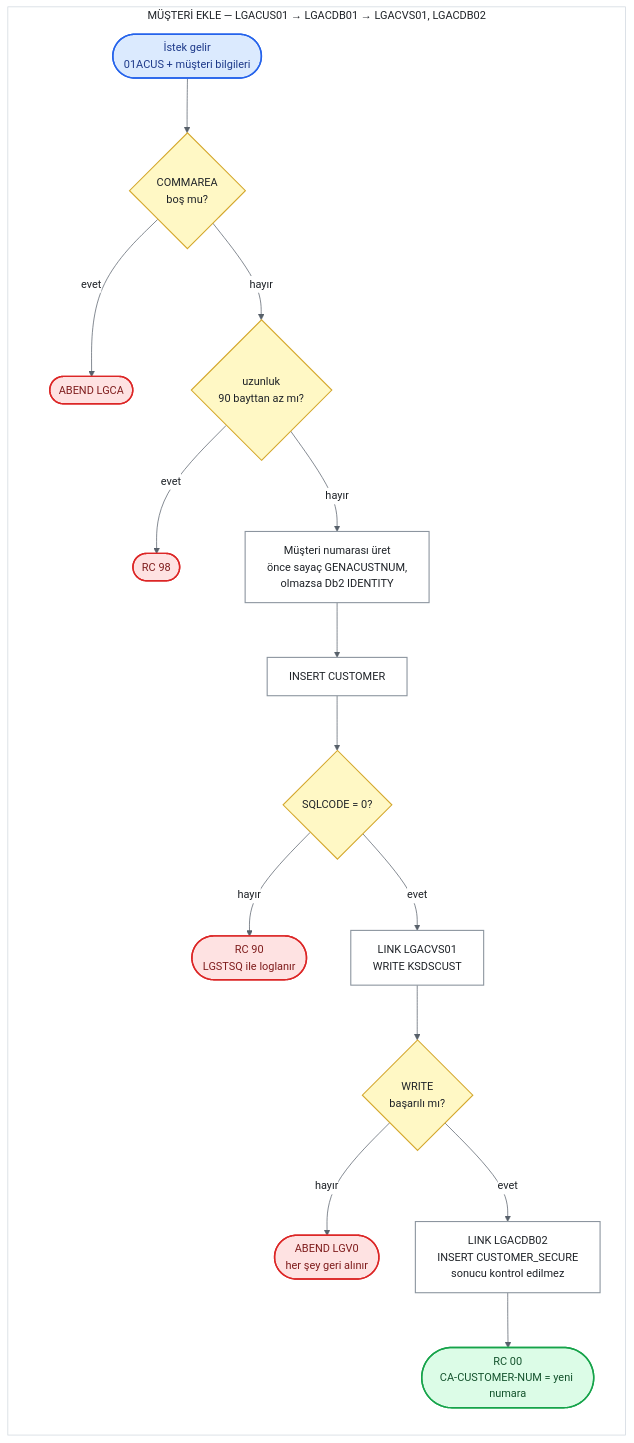
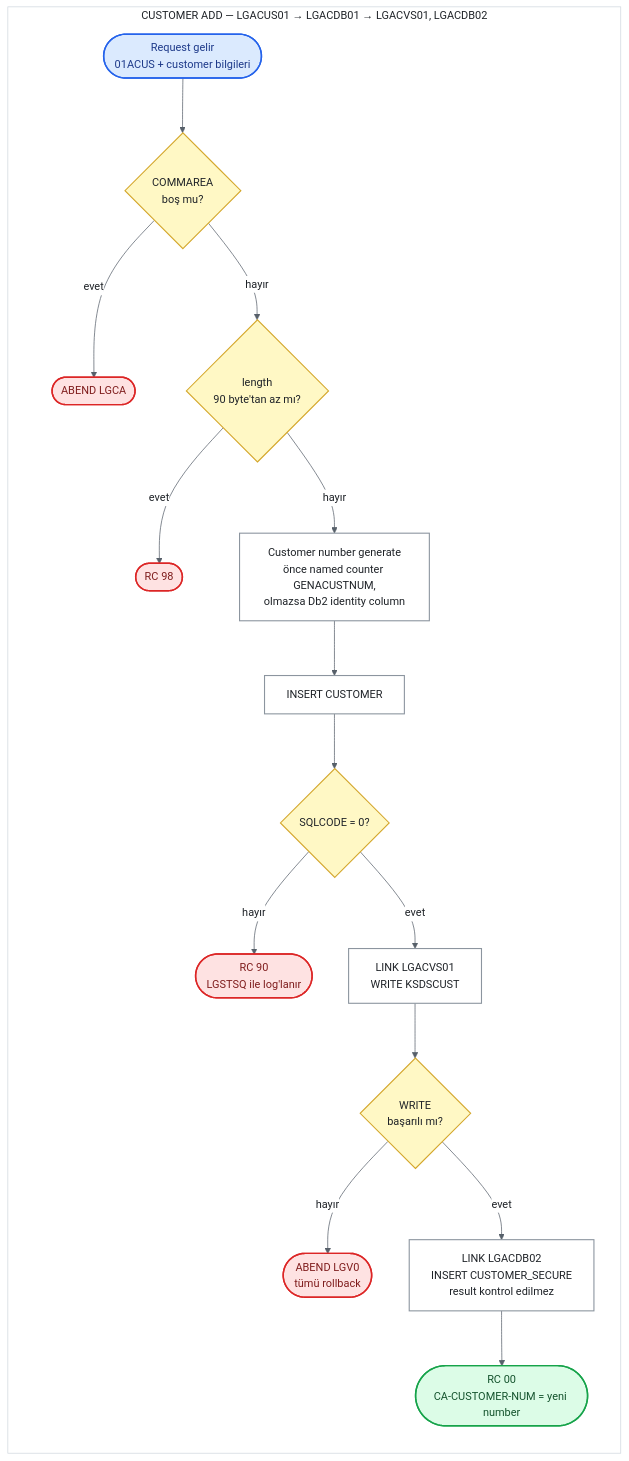
The diagram in legacy-analysis/use-cases/01-customer-add.md (sertugser/genapp-dotnet), drawn with Mermaid before and after one commit. The commit also changed other lines of this file and 2 other files, not shown here.

First line of the commit message:
Keep software terms in English in the customer use-case docs

````diff
--- a/legacy-analysis/use-cases/01-customer-add.md
+++ b/legacy-analysis/use-cases/01-customer-add.md
@@ -21,44 +21,44 @@
 ```mermaid
 %%{init: {"theme": "base", "look": "classic", "themeVariables": {"background": "#ffffff", "primaryColor": "#ffffff", "primaryTextColor": "#1f2328", "primaryBorderColor": "#8c959f", "lineColor": "#57606a", "textColor": "#1f2328", "titleColor": "#1f2328", "clusterBkg": "#ffffff", "clusterBorder": "#d0d7de", "edgeLabelBackground": "#ffffff", "fontSize": "15px"}}}%%
 flowchart TD
-    subgraph ZEMIN["MÜŞTERİ EKLE — LGACUS01 → LGACDB01 → LGACVS01, LGACDB02"]
+    subgraph ZEMIN["CUSTOMER ADD — LGACUS01 → LGACDB01 → LGACVS01, LGACDB02"]
         direction TD
-        S(["İstek gelir<br/>01ACUS + müşteri bilgileri"])
+        S(["Request gelir<br/>01ACUS + customer bilgileri"])
         Q1{"COMMAREA<br/>boş mu?"}
-        Q2{"uzunluk<br/>90 bayttan az mı?"}
-        N["Müşteri numarası üret<br/>önce sayaç GENACUSTNUM,<br/>olmazsa Db2 IDENTITY"]
+        Q2{"length<br/>90 byte'tan az mı?"}
+        N["Customer number generate<br/>önce named counter GENACUSTNUM,<br/>olmazsa Db2 identity column"]
         I["INSERT CUSTOMER"]
         Q3{"SQLCODE = 0?"}
         V["LINK LGACVS01<br/>WRITE KSDSCUST"]
         Q4{"WRITE<br/>başarılı mı?"}
-        P["LINK LGACDB02<br/>INSERT CUSTOMER_SECURE<br/>sonucu kontrol edilmez"]
-        OK(["RC 00<br/>CA-CUSTOMER-NUM = yeni numara"])
+        P["LINK LGACDB02<br/>INSERT CUSTOMER_SECURE<br/>result kontrol edilmez"]
+        OK(["RC 00<br/>CA-CUSTOMER-NUM = yeni number"])
         A1(["ABEND LGCA"])
         R98(["RC 98"])
-        R90(["RC 90<br/>LGSTSQ ile loglanır"])
-        A2(["ABEND LGV0<br/>her şey geri alınır"])
+        R90(["RC 90<br/>LGSTSQ ile log'lanır"])
+        A2(["ABEND LGV0<br/>tümü rollback"])
 
         S --> Q1
         Q1 -->|evet| A1
         Q1 -->|hayır| Q2
         Q2 -->|evet| R98
         Q2 -->|hayır| N
         N --> I --> Q3
         Q3 -->|hayır| R90
         Q3 -->|evet| V --> Q4
         Q4 -->|hayır| A2
         Q4 -->|evet| P --> OK
     end
 
     classDef adim fill:#ffffff,stroke:#8c959f,color:#1f2328,stroke-width:1.5px
     classDef karar fill:#fff8c5,stroke:#d4a72c,color:#1f2328,stroke-width:1.5px
     classDef basari fill:#dcfce7,stroke:#16a34a,color:#14532d,stroke-width:2px
     classDef hata fill:#fee2e2,stroke:#dc2626,color:#7f1d1d,stroke-width:2px
     classDef giris fill:#dbeafe,stroke:#2563eb,color:#1e3a8a,stroke-width:2px
     class S giris
     class N,I,V,P adim
     class Q1,Q2,Q3,Q4 karar
     class OK basari
     class A1,R98,R90,A2 hata
     style ZEMIN fill:#ffffff,stroke:#d0d7de,color:#1f2328
 ```
````
